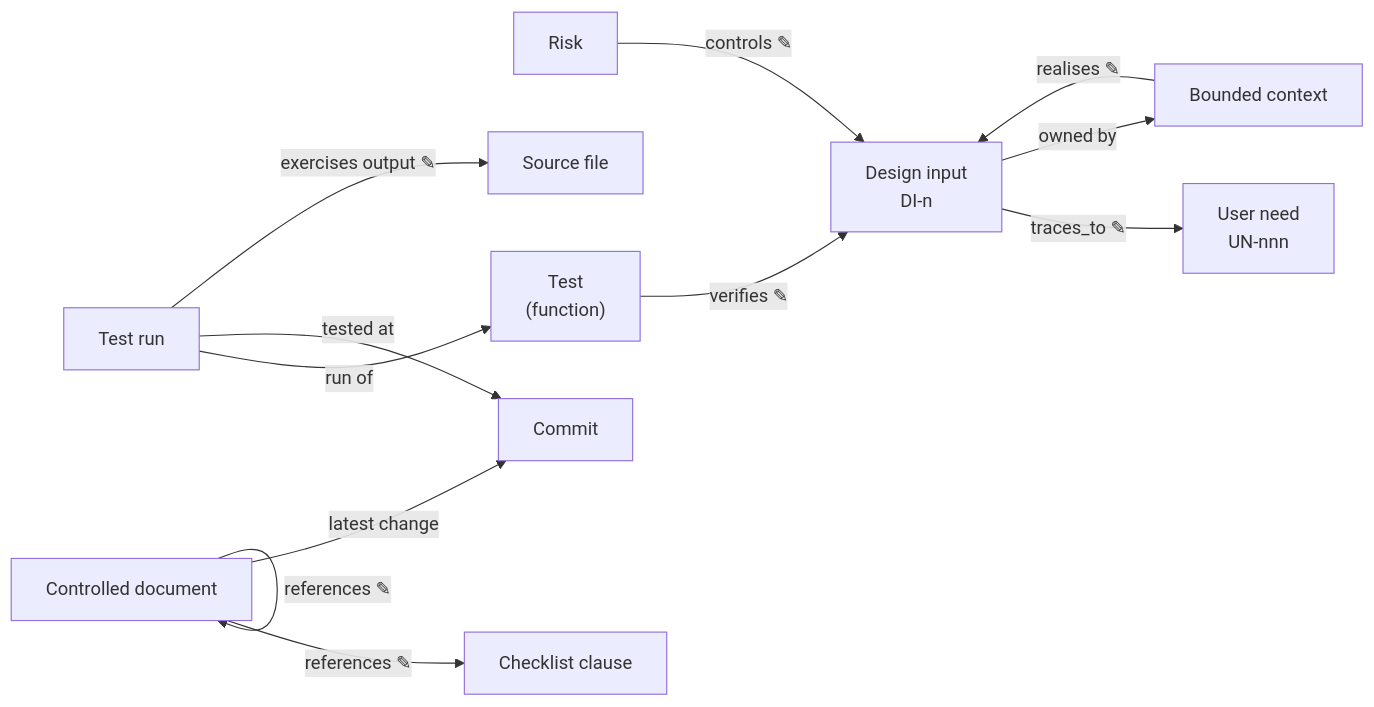
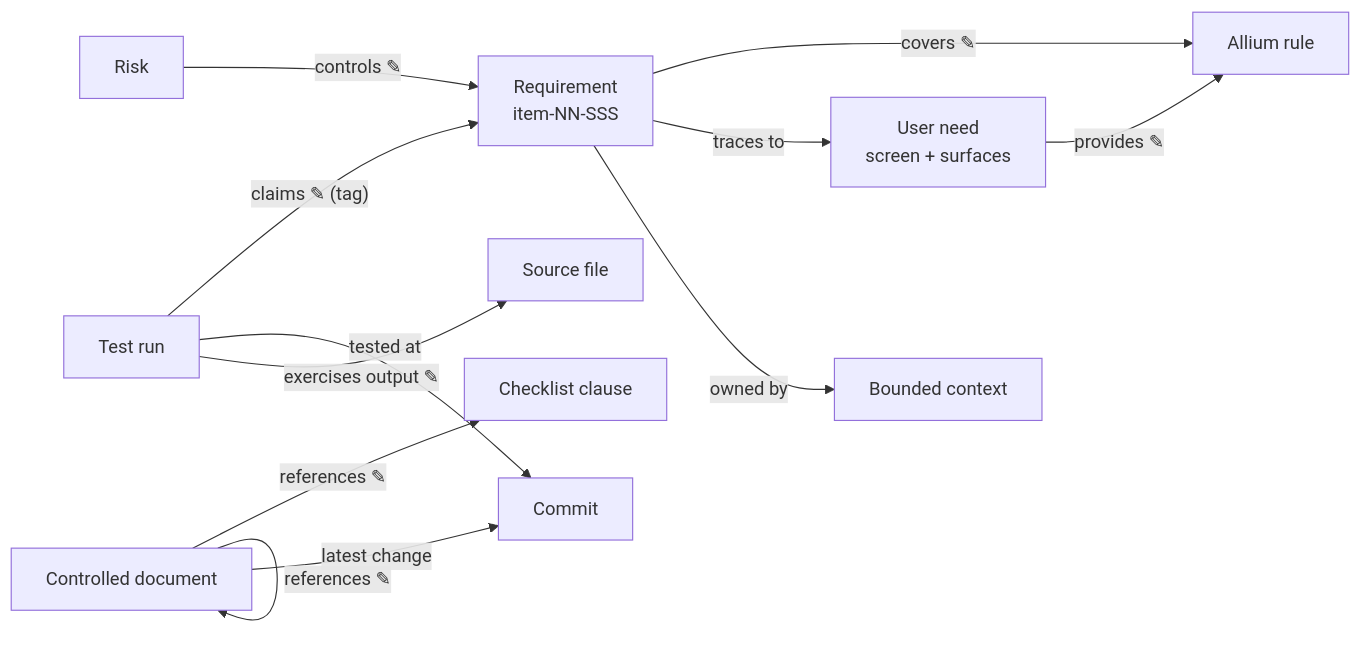
Before and after one commit to scope-impact/rdm: the first of 2 diagrams in docs/about/how-rdm-works.md, drawn with Mermaid. The commit also changed other lines of this file and 30 other files, not shown here.

````diff
--- a/docs/about/how-rdm-works.md
+++ b/docs/about/how-rdm-works.md
@@ -36,25 +39,25 @@
 ```mermaid
 flowchart LR
-    UN["User need<br>UN-nnn"]
-    DI["Design input<br>DI-n"]
+    UN["User need<br>screen + surfaces"]
+    R["Requirement<br>item-NN-SSS"]
+    AR["Allium rule"]
     CTX["Bounded context"]
     DOC["Controlled document"]
     RISK["Risk"]
     CL["Checklist clause"]
-    T["Test<br>(function)"]
     RUN["Test run"]
     C["Commit"]
     SRC["Source file"]
 
-    DI -- "traces_to ✎" --> UN
-    DI -- "owned by" --> CTX
-    CTX -- "realises ✎" --> DI
-    RISK -- "controls ✎" --> DI
-    T -- "verifies ✎" --> DI
-    RUN -- "run of" --> T
+    R -- "covers ✎" --> AR
+    UN -- "provides ✎" --> AR
+    R -- "traces to" --> UN
+    R -- "owned by" --> CTX
+    RISK -- "controls ✎" --> R
+    RUN -- "claims ✎ (tag)" --> R
     RUN -- "tested at" --> C
     RUN -- "exercises output ✎" --> SRC
     DOC -- "references ✎" --> CL
     DOC -- "references ✎" --> DOC
     DOC -- "latest change" --> C
 ```
````
